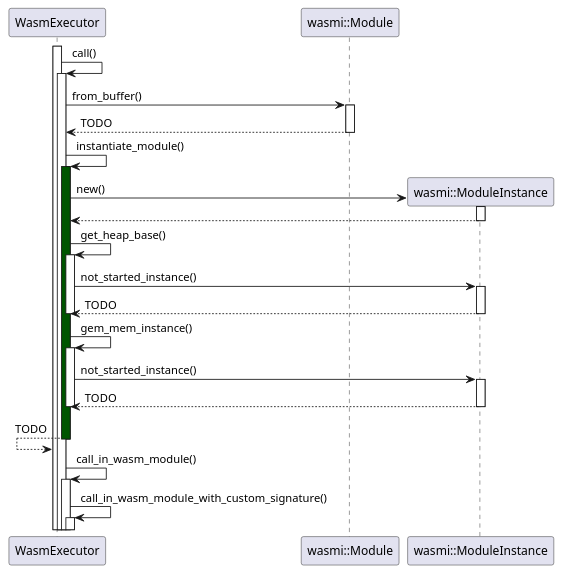
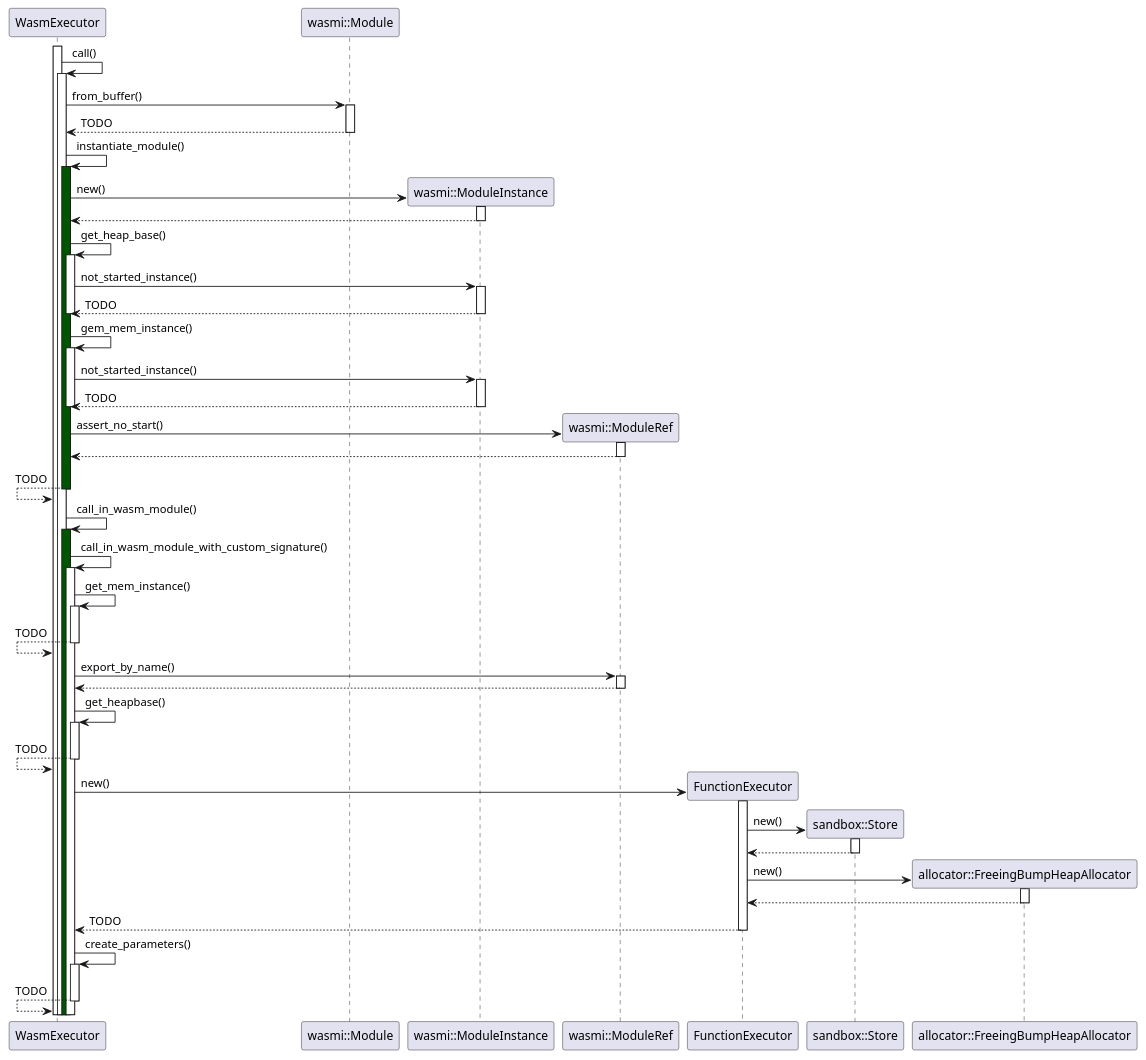
Before and after one commit to lamafab/substrate-codebase-diagrams: the diagram in substrate-codebase-diagram.md, drawn with PlantUML.

Commit message:
extend wasm_executor implementation

```diff
--- a/substrate-codebase-diagram.md
+++ b/substrate-codebase-diagram.md
@@ -39,15 +39,64 @@
                 deactivate "wasmi::ModuleInstance"
             deactivate WasmExecutor
 
+        create "wasmi::ModuleRef"
+        WasmExecutor -> "wasmi::ModuleRef": assert_no_start()
+            activate "wasmi::ModuleRef"
+            WasmExecutor <-- "wasmi::ModuleRef"
+            deactivate "wasmi::ModuleRef"
+
         WasmExecutor <-- WasmExecutor: TODO
         deactivate WasmExecutor
     ' END "instantiate_module" section
 
     WasmExecutor -> WasmExecutor: call_in_wasm_module()
-        ' ...
-        activate WasmExecutor
+        activate WasmExecutor #005500
         WasmExecutor -> WasmExecutor: call_in_wasm_module_with_custom_signature()
-        activate WasmExecutor
+            activate WasmExecutor
+            WasmExecutor -> WasmExecutor: get_mem_instance()
+                activate WasmExecutor
+                WasmExecutor <-- WasmExecutor: TODO
+                deactivate WasmExecutor
+
+            WasmExecutor -> "wasmi::ModuleRef": export_by_name()
+                activate "wasmi::ModuleRef"
+                WasmExecutor <-- "wasmi::ModuleRef"
+                deactivate "wasmi::ModuleRef"
+
+            ' let heap_base = Self::get_heap_base(module_instance)?;
+            WasmExecutor -> WasmExecutor: get_heapbase()
+                activate WasmExecutor
+                WasmExecutor <-- WasmExecutor: TODO
+                deactivate WasmExecutor
+
+            ' let mut fec = FunctionExecutor::new()
+            create FunctionExecutor
+            WasmExecutor -> FunctionExecutor: new()
+                activate FunctionExecutor
+
+                create "sandbox::Store"
+                FunctionExecutor -> "sandbox::Store": new()
+                    activate "sandbox::Store"
+                    FunctionExecutor <-- "sandbox::Store"
+                    deactivate "sandbox::Store"
+
+                create "allocator::FreeingBumpHeapAllocator"
+                FunctionExecutor -> "allocator::FreeingBumpHeapAllocator": new()
+                    activate "allocator::FreeingBumpHeapAllocator"
+                    FunctionExecutor <-- "allocator::FreeingBumpHeapAllocator"
+                    deactivate "allocator::FreeingBumpHeapAllocator"
+
+                WasmExecutor <-- FunctionExecutor: TODO
+                deactivate FunctionExecutor
+
+            ' let parameters = create_parameters()
+            WasmExecutor -> WasmExecutor: create_parameters()
+                activate WasmExecutor
+                WasmExecutor <-- WasmExecutor: TODO
+                deactivate WasmExecutor
+
+            ' let result = runtime_io::with_externalities
+
 
 '... todo
 
```
